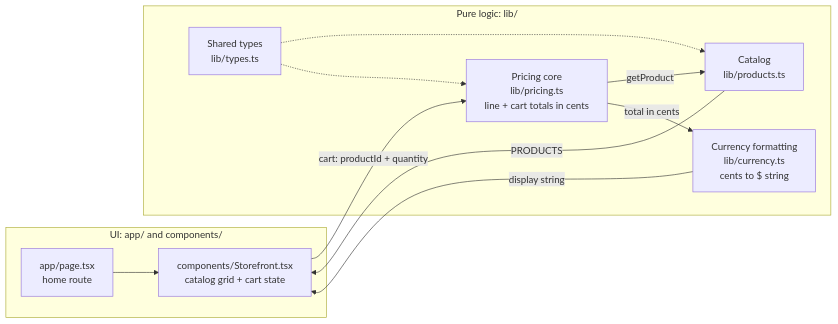
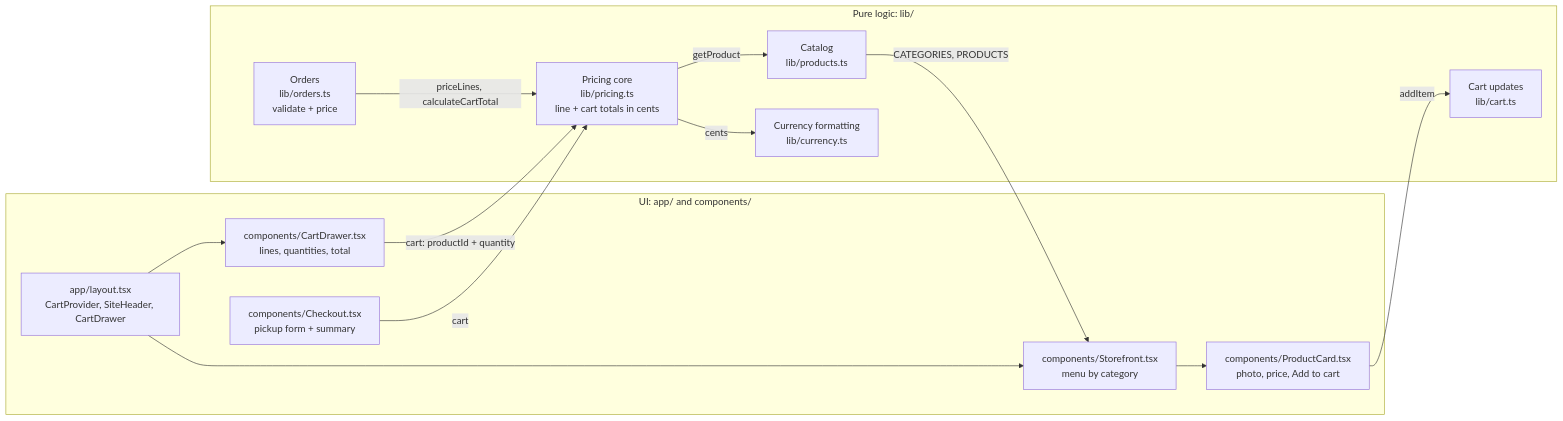
One commit to FactoryDemo/demo-storefront changed the first of 3 diagrams in docs/architecture.md. Above: the diagram before and after it, drawn with Mermaid. The commit also changed other lines of this file and 40 other files, not shown here.

Commit message:
redesign storefront with a photo menu, cart drawer, and pickup checkout

````diff
--- a/docs/architecture.md
+++ b/docs/architecture.md
@@ -10,23 +11,28 @@
 ```mermaid
 flowchart LR
   subgraph ui["UI: app/ and components/"]
-    page["app/page.tsx<br/>home route"]
-    storefront["components/Storefront.tsx<br/>catalog grid + cart state"]
-    page --> storefront
+    layout["app/layout.tsx<br/>CartProvider, SiteHeader, CartDrawer"]
+    storefront["components/Storefront.tsx<br/>menu by category"]
+    card["components/ProductCard.tsx<br/>photo, price, Add to cart"]
+    drawer["components/CartDrawer.tsx<br/>lines, quantities, total"]
+    checkout["components/Checkout.tsx<br/>pickup form + summary"]
+    layout --> storefront --> card
+    layout --> drawer
   end
 
   subgraph core["Pure logic: lib/"]
     catalog["Catalog<br/>lib/products.ts"]
+    cart["Cart updates<br/>lib/cart.ts"]
     pricing["Pricing core<br/>lib/pricing.ts<br/>line + cart totals in cents"]
-    currency["Currency formatting<br/>lib/currency.ts<br/>cents to $ string"]
-    types["Shared types<br/>lib/types.ts"]
+    orders["Orders<br/>lib/orders.ts<br/>validate + price"]
+    currency["Currency formatting<br/>lib/currency.ts"]
   end
 
-  catalog -- "PRODUCTS" --> storefront
-  storefront -- "cart: productId + quantity" --> pricing
+  catalog -- "CATEGORIES, PRODUCTS" --> storefront
+  card -- "addItem" --> cart
+  drawer -- "cart: productId + quantity" --> pricing
+  checkout -- "cart" --> pricing
   pricing -- "getProduct" --> catalog
-  pricing -- "total in cents" --> currency
-  currency -- "display string" --> storefront
-  types -.-> catalog
-  types -.-> pricing
+  orders -- "priceLines, calculateCartTotal" --> pricing
+  pricing -- "cents" --> currency
 ```
````
